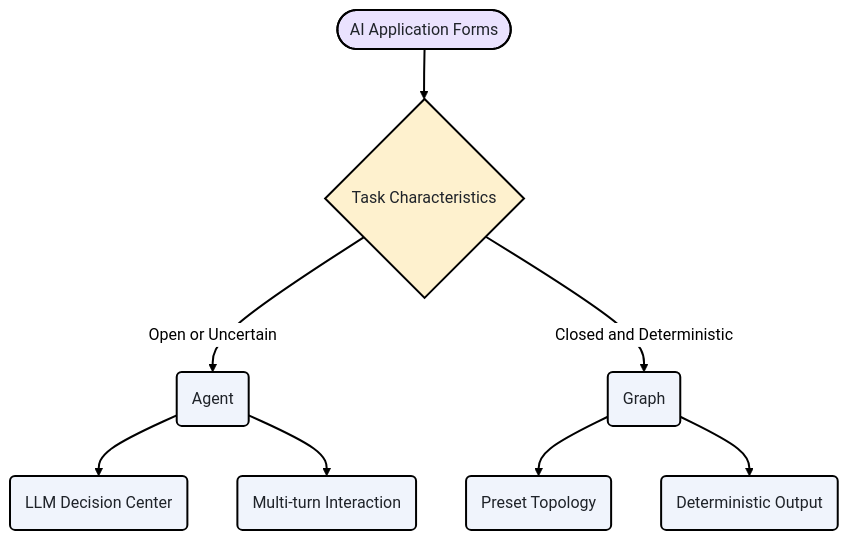
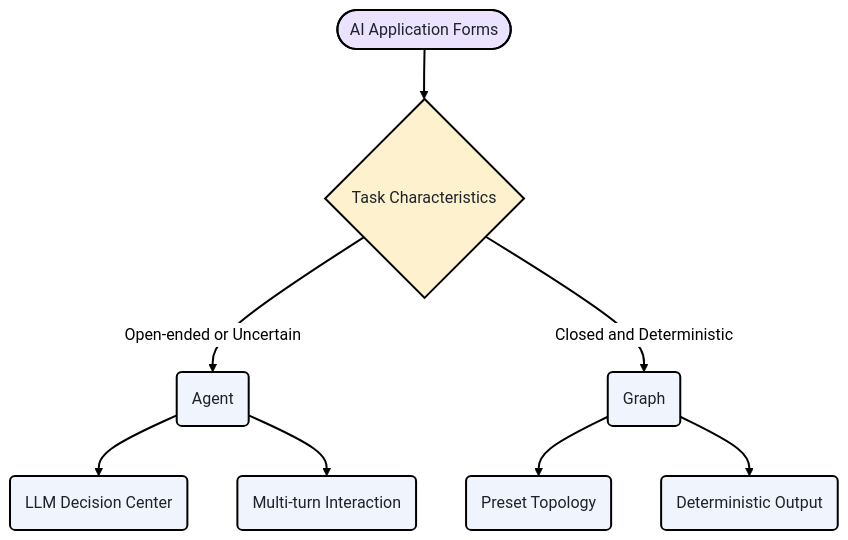
Before and after one commit to cloudwego/cloudwego.github.io: the first of 10 diagrams in content/en/docs/eino/overview/graph_or_agent.md, drawn with Mermaid (neutral theme). The commit also changed other lines of this file and 50 other files, not shown here.

````diff
--- a/content/en/docs/eino/overview/graph_or_agent.md
+++ b/content/en/docs/eino/overview/graph_or_agent.md
@@ -23,30 +23,30 @@
 ```mermaid
 flowchart TD
   linkStyle default stroke-width:2px,stroke:#000000
 
   classDef startend_style fill:#EAE2FE,stroke:#000000,stroke-width:2px,color:#1f2329
   classDef process_style fill:#F0F4FC,stroke:#000000,stroke-width:2px,color:#1f2329
   classDef decision_style fill:#FEF1CE,stroke:#000000,stroke-width:2px,color:#1f2329
   classDef subgraph_style fill:#f5f5f5,stroke:#bbbfc4,stroke-width:1px,color:#000000
 
   S(["AI Application Forms"]) 
   D{"Task Characteristics"}
   A("Agent")
   G("Graph")
   A1("LLM Decision Center")
   A2("Multi-turn Interaction")
   G1("Preset Topology")
   G2("Deterministic Output")
 
   S --> D
-  D -->|"Open or Uncertain"| A
+  D -->|"Open-ended or Uncertain"| A
   D -->|"Closed and Deterministic"| G
   A --> A1
   A --> A2
   G --> G1
   G --> G2
 
   class S startend_style
   class D decision_style
   class A,G,A1,A2,G1,G2 process_style
 ```
````
